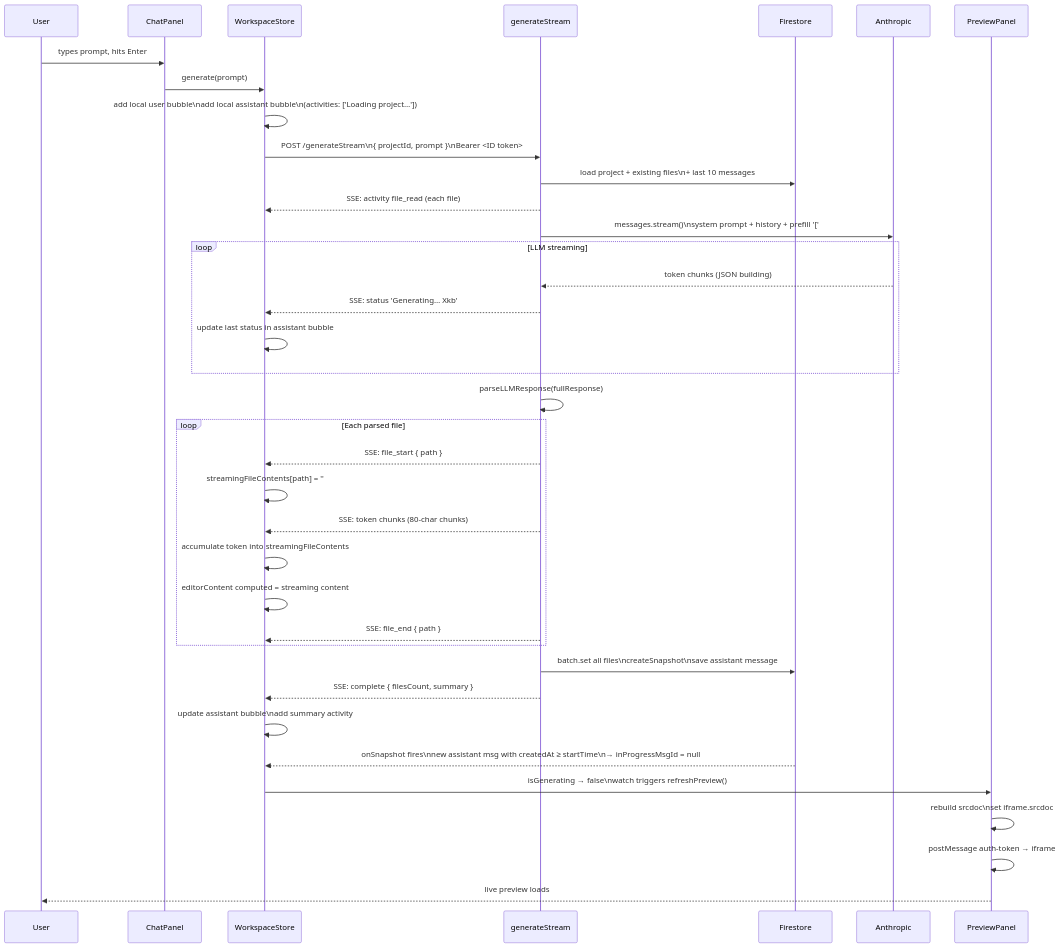
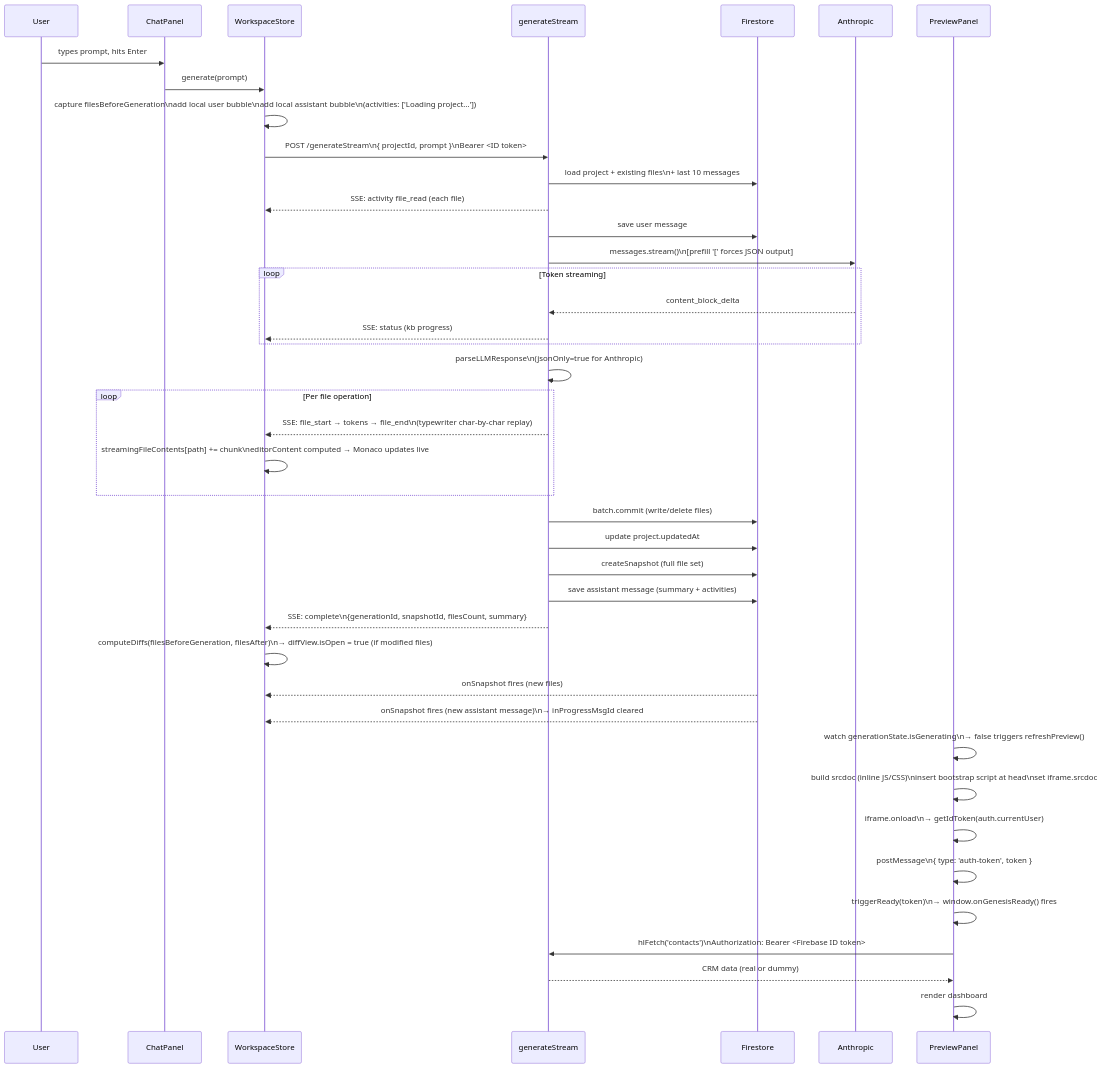
One commit to kd399/genesis changed the ninth of 17 diagrams in docs/genesis-architecture.md. Above: the diagram before and after it, drawn with Mermaid. The commit also changed other lines of this file and 6 other files, not shown here.

````diff
--- a/docs/genesis-architecture.md
+++ b/docs/genesis-architecture.md
@@ -382,51 +454,56 @@
 ```mermaid
 sequenceDiagram
     participant User
     participant ChatPanel
     participant WorkspaceStore
     participant generateStream
     participant Firestore
     participant Anthropic
     participant PreviewPanel
 
     User->>ChatPanel: types prompt, hits Enter
 
     ChatPanel->>WorkspaceStore: generate(prompt)
-    WorkspaceStore->>WorkspaceStore: add local user bubble\nadd local assistant bubble\n(activities: ['Loading project…'])
+    WorkspaceStore->>WorkspaceStore: capture filesBeforeGeneration\nadd local user bubble\nadd local assistant bubble\n(activities: ['Loading project…'])
 
     WorkspaceStore->>generateStream: POST /generateStream\n{ projectId, prompt }\nBearer <ID token>
 
     generateStream->>Firestore: load project + existing files\n+ last 10 messages
     generateStream-->>WorkspaceStore: SSE: activity file_read (each file)
+    generateStream->>Firestore: save user message
+    generateStream->>Anthropic: messages.stream()\n[prefill '[' forces JSON output]
 
-    generateStream->>Anthropic: messages.stream()\nsystem prompt + history + prefill '['
-
-    loop LLM streaming
-        Anthropic-->>generateStream: token chunks (JSON building)
-        generateStream-->>WorkspaceStore: SSE: status 'Generating… Xkb'
-        WorkspaceStore->>WorkspaceStore: update last status in assistant bubble
+    loop Token streaming
+        Anthropic-->>generateStream: content_block_delta
+        generateStream-->>WorkspaceStore: SSE: status (kb progress)
     end
 
-    generateStream->>generateStream: parseLLMResponse(fullResponse)
+    generateStream->>generateStream: parseLLMResponse\n(jsonOnly=true for Anthropic)
 
-    loop Each parsed file
-        generateStream-->>WorkspaceStore: SSE: file_start { path }
-        WorkspaceStore->>WorkspaceStore: streamingFileContents[path] = ''
-        generateStream-->>WorkspaceStore: SSE: token chunks (80-char chunks)
-        WorkspaceStore->>WorkspaceStore: accumulate token into streamingFileContents
-        WorkspaceStore->>WorkspaceStore: editorContent computed = streaming content
-        generateStream-->>WorkspaceStore: SSE: file_end { path }
+    loop Per file operation
+        generateStream-->>WorkspaceStore: SSE: file_start → tokens → file_end\n(typewriter char-by-char replay)
+        WorkspaceStore->>WorkspaceStore: streamingFileContents[path] += chunk\neditorContent computed → Monaco updates live
     end
 
-    generateStream->>Firestore: batch.set all files\ncreateSnapshot\nsave assistant message
+    generateStream->>Firestore: batch.commit (write/delete files)
+    generateStream->>Firestore: update project.updatedAt
+    generateStream->>Firestore: createSnapshot (full file set)
+    generateStream->>Firestore: save assistant message (summary + activities)
+    generateStream-->>WorkspaceStore: SSE: complete\n{generationId, snapshotId, filesCount, summary}
 
-    generateStream-->>WorkspaceStore: SSE: complete { filesCount, summary }
-    WorkspaceStore->>WorkspaceStore: update assistant bubble\nadd summary activity
+    WorkspaceStore->>WorkspaceStore: computeDiffs(filesBeforeGeneration, filesAfter)\n→ diffView.isOpen = true (if modified files)
 
-    Firestore-->>WorkspaceStore: onSnapshot fires\nnew assistant msg with createdAt ≥ startTime\n→ inProgressMsgId = null
+    Firestore-->>WorkspaceStore: onSnapshot fires (new files)
+    Firestore-->>WorkspaceStore: onSnapshot fires (new assistant message)\n→ inProgressMsgId cleared
 
-    WorkspaceStore->>PreviewPanel: isGenerating → false\nwatch triggers refreshPreview()
-    PreviewPanel->>PreviewPanel: rebuild srcdoc\nset iframe.srcdoc
-    PreviewPanel->>PreviewPanel: postMessage auth-token → iframe
-    PreviewPanel-->>User: live preview loads
+    PreviewPanel->>PreviewPanel: watch generationState.isGenerating\n→ false triggers refreshPreview()
+    PreviewPanel->>PreviewPanel: build srcdoc (inline JS/CSS)\ninsert bootstrap script at head\nset iframe.srcdoc
+
+    PreviewPanel->>PreviewPanel: iframe.onload\n→ getIdToken(auth.currentUser)
+    PreviewPanel->>PreviewPanel: postMessage\n{ type: 'auth-token', token }
+
+    PreviewPanel->>PreviewPanel: triggerReady(token)\n→ window.onGenesisReady() fires
+    PreviewPanel->>generateStream: hlFetch('contacts')\nAuthorization: Bearer <Firebase ID token>
+    generateStream-->>PreviewPanel: CRM data (real or dummy)
+    PreviewPanel->>PreviewPanel: render dashboard
 ```
````
